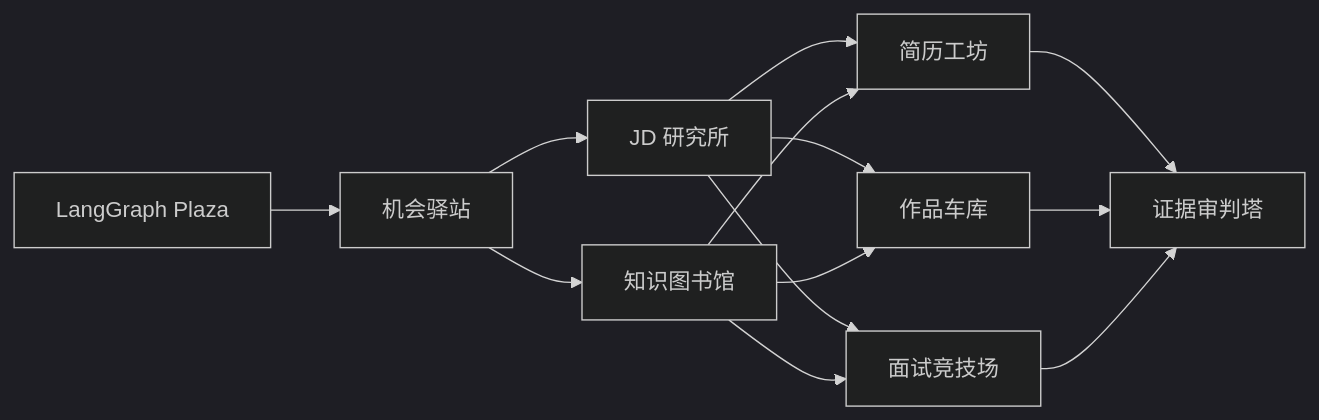
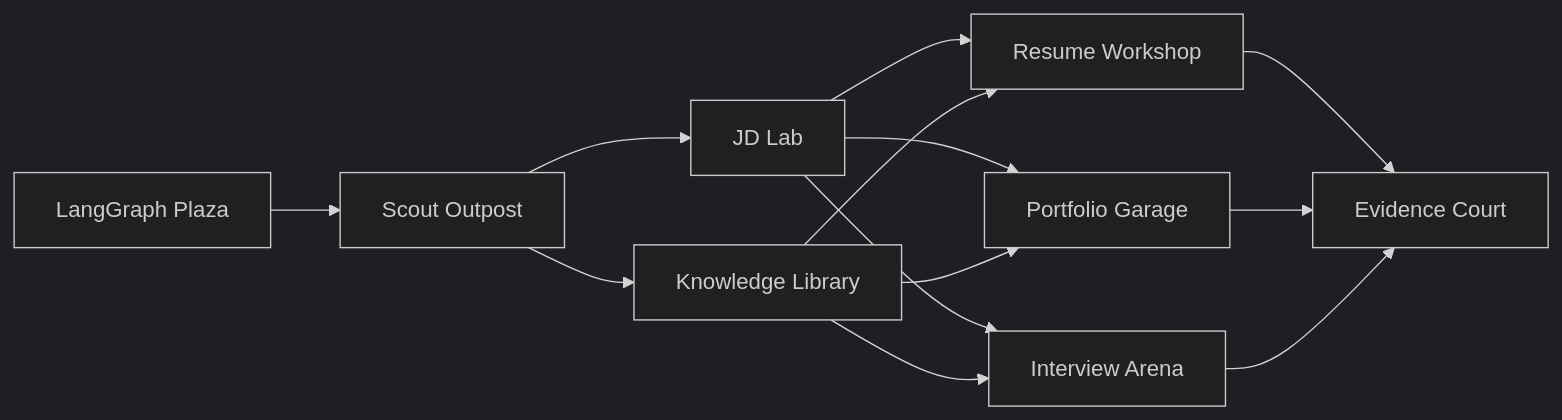
One commit to xiaoxiandadada/job-multi-agent-town changed the second of 2 diagrams in docs/rpg-agent-town.md. Above: the diagram before and after it, drawn with Mermaid (dark theme). The commit also changed other lines of this file and 79 other files, not shown here.

````diff
--- a/docs/rpg-agent-town.md
+++ b/docs/rpg-agent-town.md
@@ -50,24 +55,24 @@
 ```mermaid
 flowchart LR
   Plaza["LangGraph Plaza"]
-  Scout["机会驿站"]
-  JD["JD 研究所"]
-  Knowledge["知识图书馆"]
-  Resume["简历工坊"]
-  Portfolio["作品车库"]
-  Interview["面试竞技场"]
-  Judge["证据审判塔"]
+  Scout["Scout Outpost"]
+  JD["JD Lab"]
+  Knowledge["Knowledge Library"]
+  Resume["Resume Workshop"]
+  Portfolio["Portfolio Garage"]
+  Interview["Interview Arena"]
+  Judge["Evidence Court"]
 
   Plaza --> Scout
   Scout --> JD
   Scout --> Knowledge
   JD --> Resume
   Knowledge --> Resume
   JD --> Portfolio
   Knowledge --> Portfolio
   JD --> Interview
   Knowledge --> Interview
   Resume --> Judge
   Portfolio --> Judge
   Interview --> Judge
 ```
````
